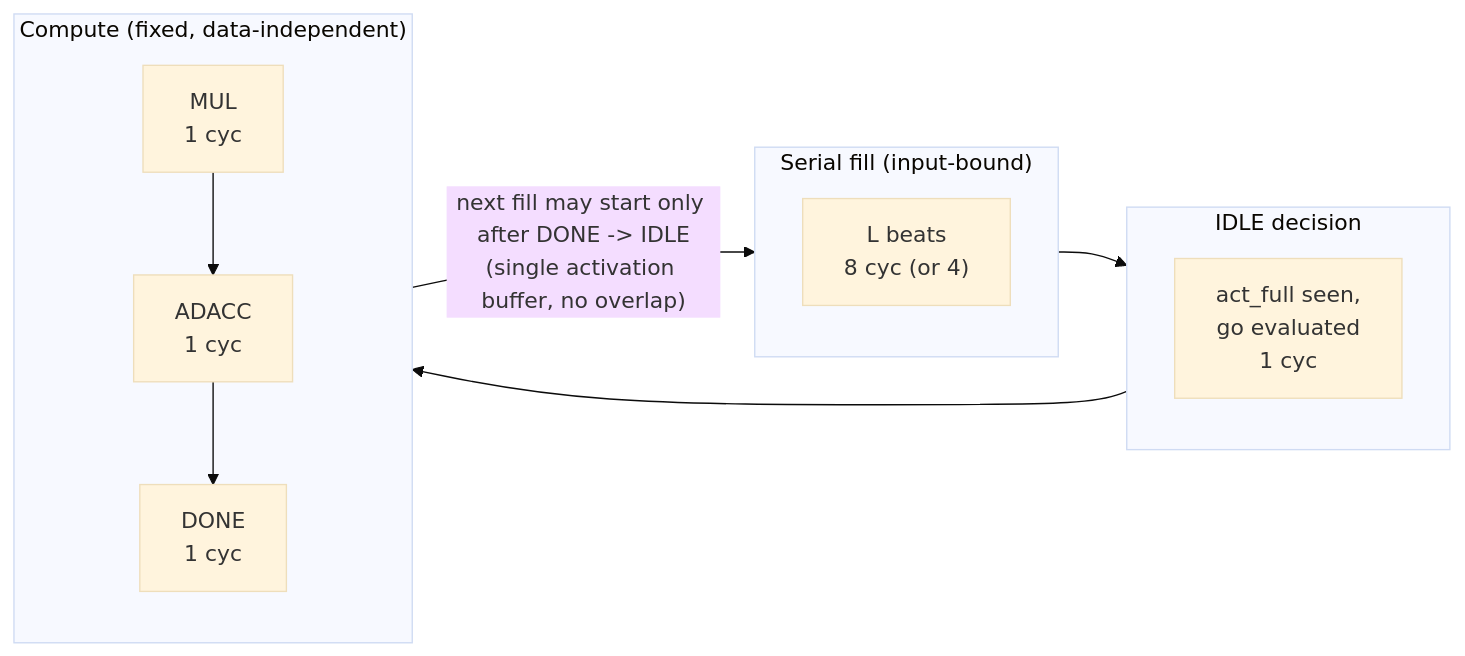
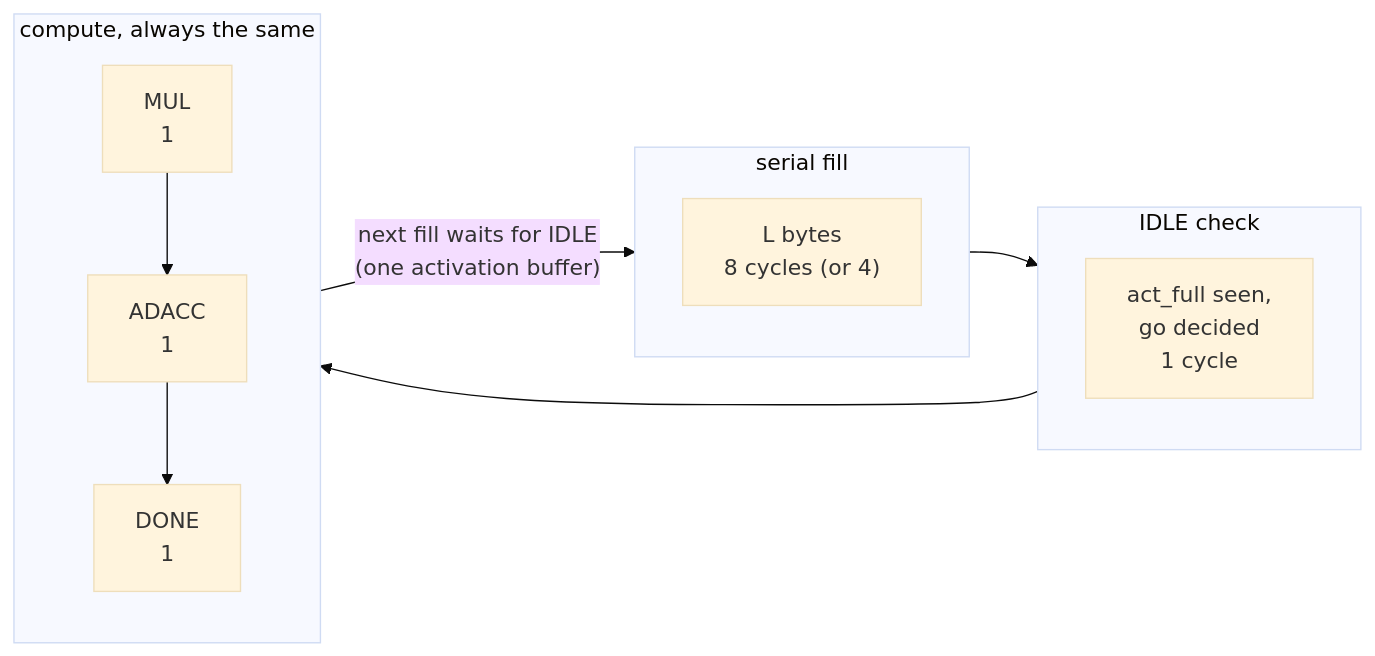
The fourth of 6 diagrams in macc8/docs/int8_mac_block_diagram.md (ChrChr50/proto-accelerators), drawn with Mermaid (base theme) before and after one commit. The commit also changed other lines of this file and 2 other files, not shown here.

````diff
--- a/macc8/docs/int8_mac_block_diagram.md
+++ b/macc8/docs/int8_mac_block_diagram.md
@@ -93,14 +99,14 @@
 ```mermaid
 flowchart LR
-    subgraph FILL["Serial fill (input-bound)"]
-        F["L beats<br/>8 cyc (or 4)"]
+    subgraph FILL["serial fill"]
+        F["L bytes<br/>8 cycles (or 4)"]
     end
-    subgraph DECIDE["IDLE decision"]
-        G["act_full seen,<br/>go evaluated<br/>1 cyc"]
+    subgraph DECIDE["IDLE check"]
+        G["act_full seen,<br/>go decided<br/>1 cycle"]
     end
-    subgraph COMPUTE["Compute (fixed, data-independent)"]
-        C1["MUL<br/>1 cyc"] --> C2["ADACC<br/>1 cyc"] --> C3["DONE<br/>1 cyc"]
+    subgraph COMPUTE["compute, always the same"]
+        C1["MUL<br/>1"] --> C2["ADACC<br/>1"] --> C3["DONE<br/>1"]
     end
     FILL --> DECIDE --> COMPUTE
-    COMPUTE -->|"next fill may start only after DONE -> IDLE<br/>(single activation buffer, no overlap)"| FILL
+    COMPUTE -->|"next fill waits for IDLE<br/>(one activation buffer)"| FILL
 ```
````
